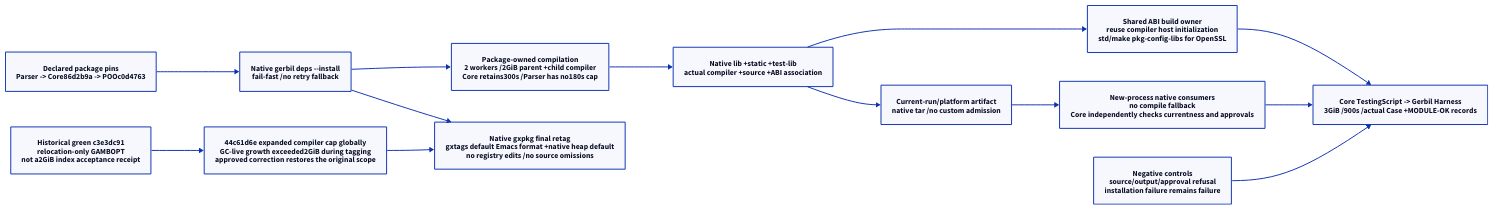
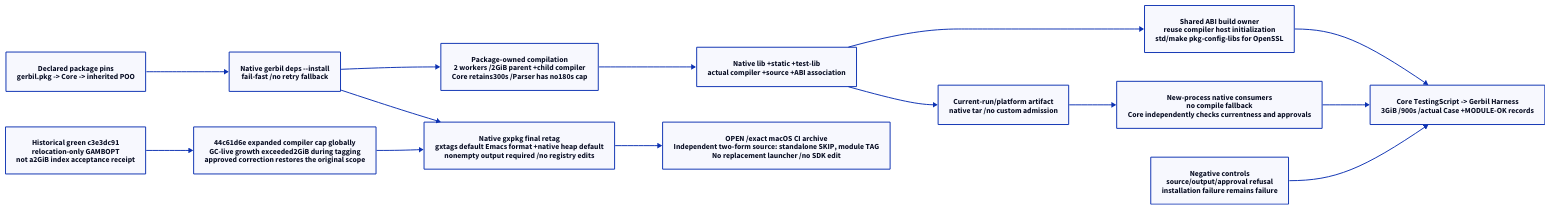
Before and after one commit to tao3k/gerbil-parser: the diagram in docs/architecture/ci-ownership.d2, drawn with D2. The commit also changed 2 other files, not shown here.

Commit message:
ci: reject empty native indexes and preserve standalone tool controls

```diff
--- a/docs/architecture/ci-ownership.d2
+++ b/docs/architecture/ci-ownership.d2
@@ -1,20 +1,23 @@
 direction: right
-packages: "Declared package pins\nParser -> Core86d2b9a -> POOc0d4763"
+packages: "Declared package pins\ngerbil.pkg -> Core -> inherited POO"
 install: "Native gerbil deps --install\nfail-fast /no retry fallback"
 compiler: "Package-owned compilation\n2 workers /2GiB parent +child compiler\nCore retains300s /Parser has no180s cap"
-index: "Native gxpkg final retag\ngxtags default Emacs format +native heap default\nno registry edits /no source omissions"
+index: "Native gxpkg final retag\ngxtags default Emacs format +native heap default\nnonempty output required /no registry edits"
 products: "Native lib +static +test-lib\nactual compiler +source +ABI association"
 abi: "Shared ABI build owner\nreuse compiler host initialization\nstd/make pkg-config-libs for OpenSSL"
 tests: "Core TestingScript -> Gerbil Harness\n3GiB /900s /actual Case +MODULE-OK records"
 transport: "Current-run/platform artifact\nnative tar /no custom admission"
 restore: "New-process native consumers\nno compile fallback\nCore independently checks currentness and approvals"
 controls: "Negative controls\nsource/output/approval refusal\ninstallation failure remains failure"
 old: "Historical green c3e3dc91\nrelocation-only GAMBOPT\nnot a2GiB index acceptance receipt"
 regression: "44c61d6e expanded compiler cap globally\nGC-live growth exceeded2GiB during tagging\napproved correction restores the original scope"
 packages -> install
 install -> compiler -> products
 install -> index
 products -> abi -> tests
 products -> transport -> restore -> tests
 controls -> tests
 old -> regression -> index
+
+standalone: "OPEN /exact macOS CI archive\nIndependent two-form source: standalone SKIP, module TAG\nNo replacement launcher /no SDK edit"
+index -> standalone
```
